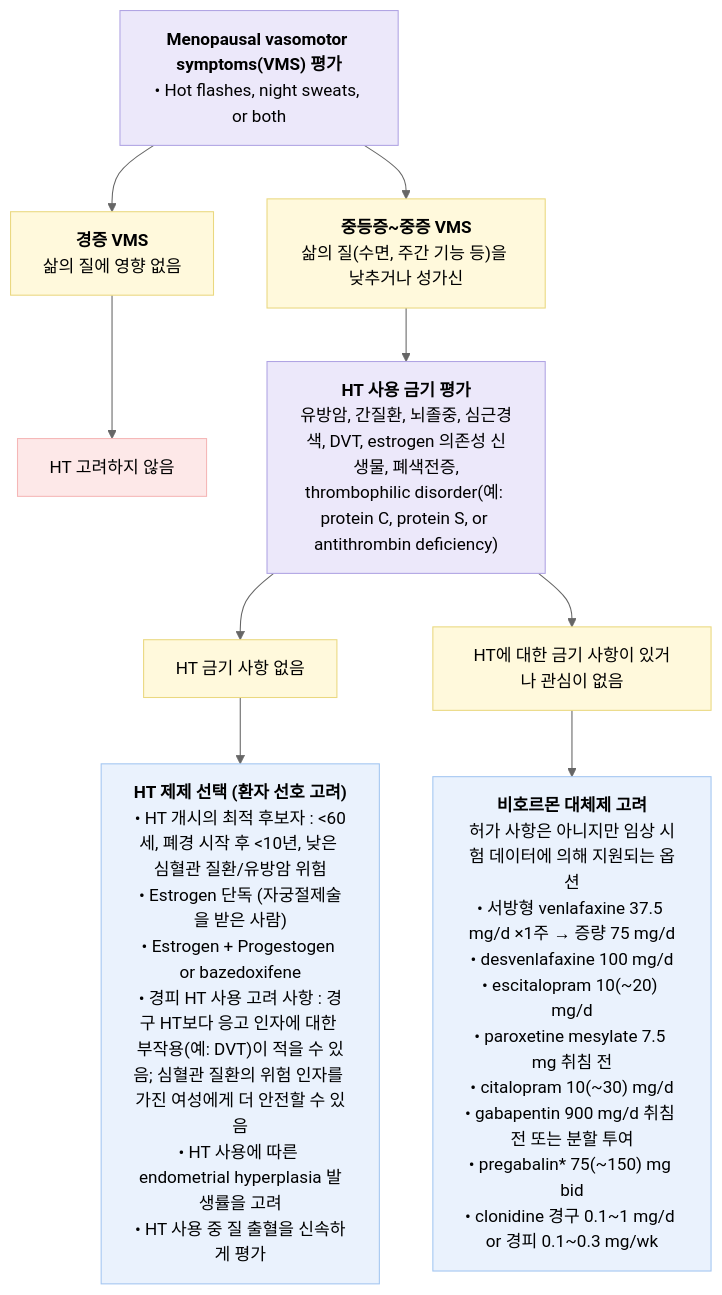
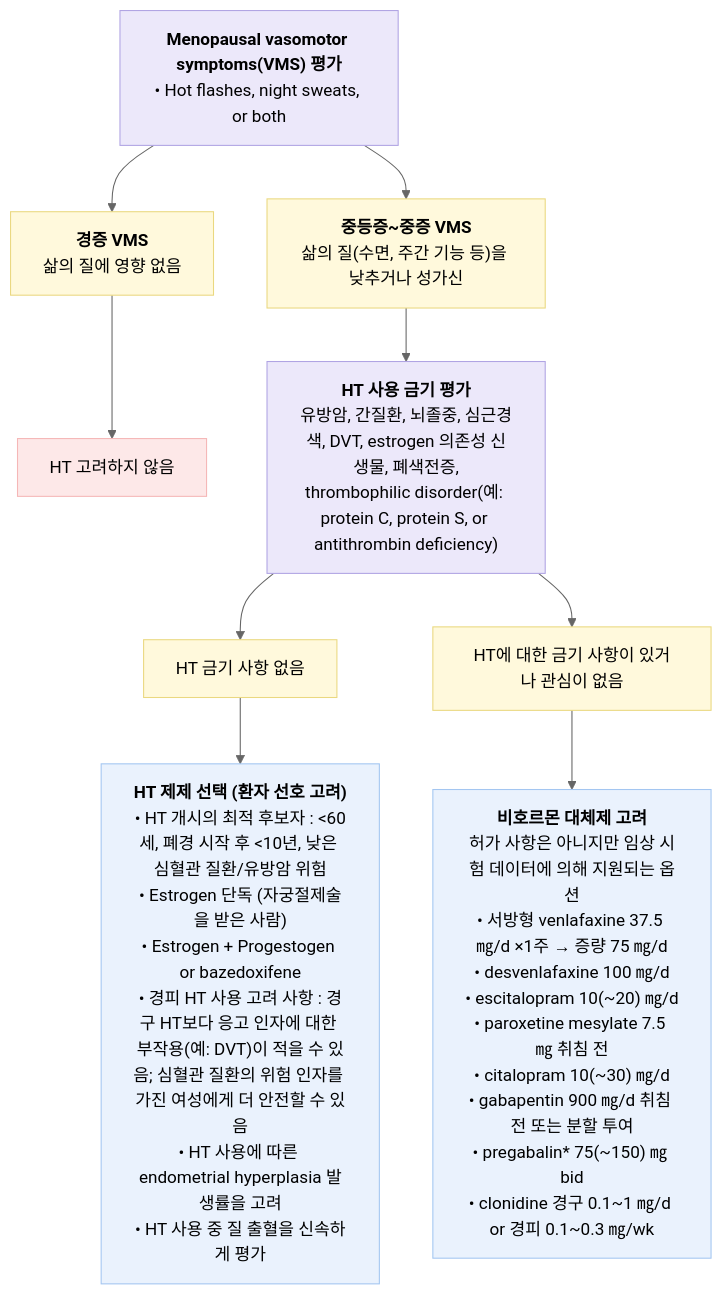
The first of 2 diagrams in 226_/108_-menopause-syndrome.md (familyoh77/familyoh77), drawn with Mermaid (neutral theme) before and after one commit. The commit also changed other lines of this file, not shown here.

````diff
--- a/226_/108_-menopause-syndrome.md
+++ b/226_/108_-menopause-syndrome.md
@@ -112,38 +112,38 @@
 ```mermaid
 flowchart TD
     A["<b>Menopausal vasomotor symptoms(VMS) 평가</b><br/>• Hot flashes, night sweats, or both"]
 
     B1["<b>중등증~중증 VMS</b><br/>삶의 질(수면, 주간 기능 등)을 낮추거나 성가신"]
     B2["<b>경증 VMS</b><br/>삶의 질에 영향 없음"]
     B3["HT 고려하지 않음"]
 
     C["<b>HT 사용 금기 평가</b><br/>유방암, 간질환, 뇌졸중, 심근경색, DVT, estrogen 의존성 신생물, 폐색전증,<br/>thrombophilic disorder(예: protein C, protein S, or antithrombin deficiency)"]
 
     D1["HT 금기 사항 없음"]
     D2["HT에 대한 금기 사항이 있거나 관심이 없음"]
 
     E1["<b>HT 제제 선택 (환자 선호 고려)</b><br/>• HT 개시의 최적 후보자 : &lt;60세, 폐경 시작 후 &lt;10년, 낮은 심혈관 질환/유방암 위험<br/>• Estrogen 단독 (자궁절제술을 받은 사람)<br/>• Estrogen + Progestogen or bazedoxifene<br/>• 경피 HT 사용 고려 사항 : 경구 HT보다 응고 인자에 대한 부작용(예: DVT)이 적을 수 있음; 심혈관 질환의 위험 인자를 가진 여성에게 더 안전할 수 있음<br/>• HT 사용에 따른 endometrial hyperplasia 발생률을 고려<br/>• HT 사용 중 질 출혈을 신속하게 평가"]
 
-    E2["<b>비호르몬 대체제 고려</b><br/>허가 사항은 아니지만 임상 시험 데이터에 의해 지원되는 옵션<br/>• 서방형 venlafaxine 37.5 mg/d ×1주 → 증량 75 mg/d<br/>• desvenlafaxine 100 mg/d<br/>• escitalopram 10(~20) mg/d<br/>• paroxetine mesylate 7.5 mg 취침 전<br/>• citalopram 10(~30) mg/d<br/>• gabapentin 900 mg/d 취침 전 또는 분할 투여<br/>• pregabalin* 75(~150) mg bid<br/>• clonidine 경구 0.1~1 mg/d or 경피 0.1~0.3 mg/wk"]
+    E2["<b>비호르몬 대체제 고려</b><br/>허가 사항은 아니지만 임상 시험 데이터에 의해 지원되는 옵션<br/>• 서방형 venlafaxine 37.5 ㎎/d ×1주 → 증량 75 ㎎/d<br/>• desvenlafaxine 100 ㎎/d<br/>• escitalopram 10(~20) ㎎/d<br/>• paroxetine mesylate 7.5 ㎎ 취침 전<br/>• citalopram 10(~30) ㎎/d<br/>• gabapentin 900 ㎎/d 취침 전 또는 분할 투여<br/>• pregabalin* 75(~150) ㎎ bid<br/>• clonidine 경구 0.1~1 ㎎/d or 경피 0.1~0.3 ㎎/wk"]
 
     A --> B1
     A --> B2
     B2 --> B3
 
     B1 --> C
     C --> D1
     C --> D2
 
     D1 --> E1
     D2 --> E2
 
     classDef purple fill:#ECE8FA,stroke:#B0A4E3,stroke-width:1px,color:#000000;
     classDef yellow fill:#FFF9DC,stroke:#EAD880,stroke-width:1px,color:#000000;
     classDef pink fill:#FDE8E8,stroke:#F5B7B7,stroke-width:1px,color:#000000;
     classDef blue fill:#EAF2FD,stroke:#A3C6F1,stroke-width:1px,color:#000000;
 
     class A,C purple;
     class B1,B2,D1,D2 yellow;
     class B3 pink;
     class E1,E2 blue;
 ```
````
